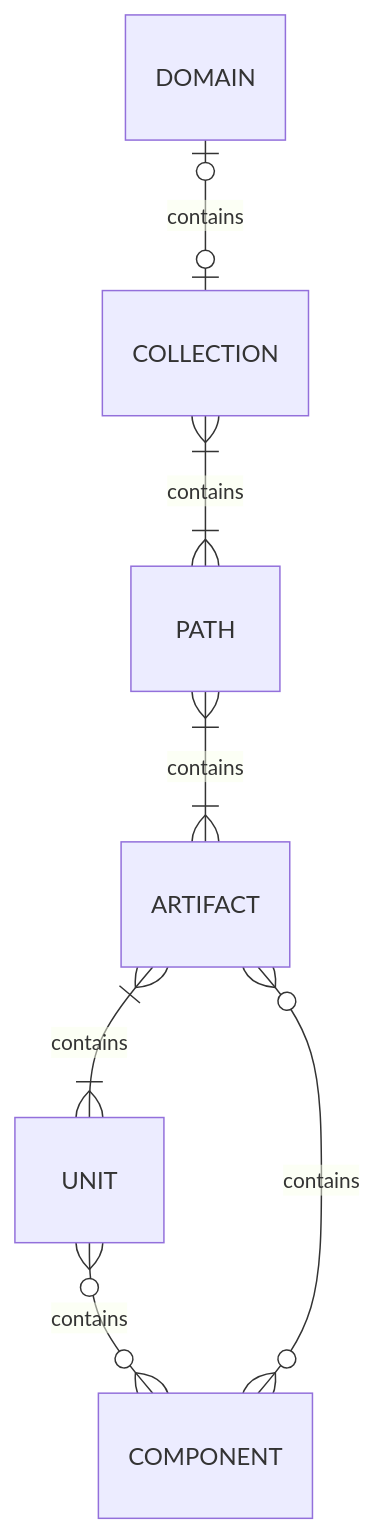
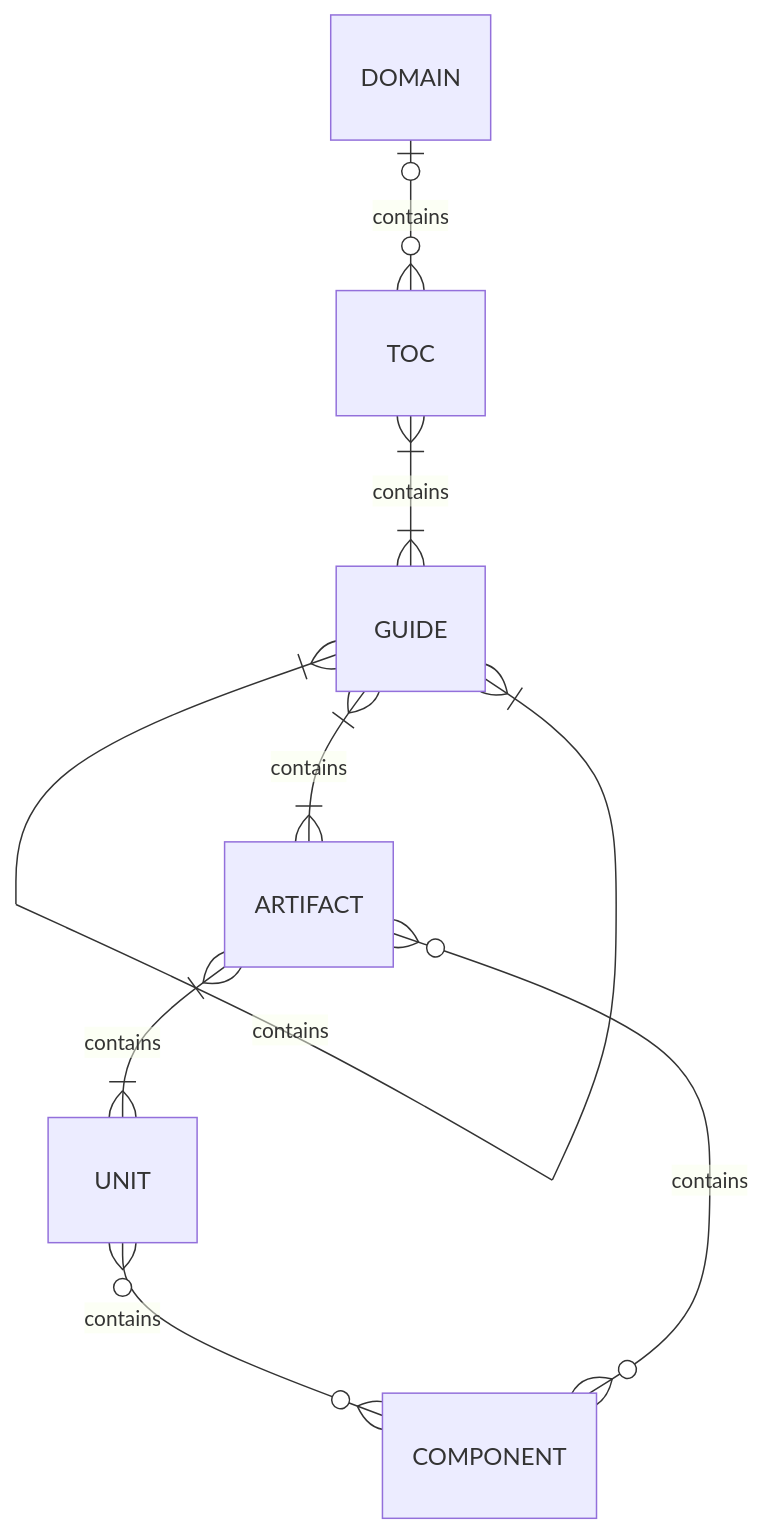
The diagram in diagrams/pattern-levels.mmd (mattbriggs/tech-doc-generator), drawn with Mermaid before and after one commit. The commit also changed 18 other files, not shown here.

Commit message:
update diagrams

```diff
--- a/diagrams/pattern-levels.mmd
+++ b/diagrams/pattern-levels.mmd
@@ -1,7 +1,8 @@
 erDiagram
-        DOMAIN |o--o| COLLECTION: contains
-        COLLECTION }|--|{ PATH : contains
-        PATH }|--|{ ARTIFACT : contains
+        DOMAIN |o--o{ TOC: contains
+        TOC }|--|{ GUIDE : contains
+        GUIDE }|--|{ GUIDE : contains
+        GUIDE }|--|{ ARTIFACT : contains
         ARTIFACT }|--|{ UNIT : contains
         UNIT }o--o{ COMPONENT : contains
         ARTIFACT }o--o{ COMPONENT : contains
```
